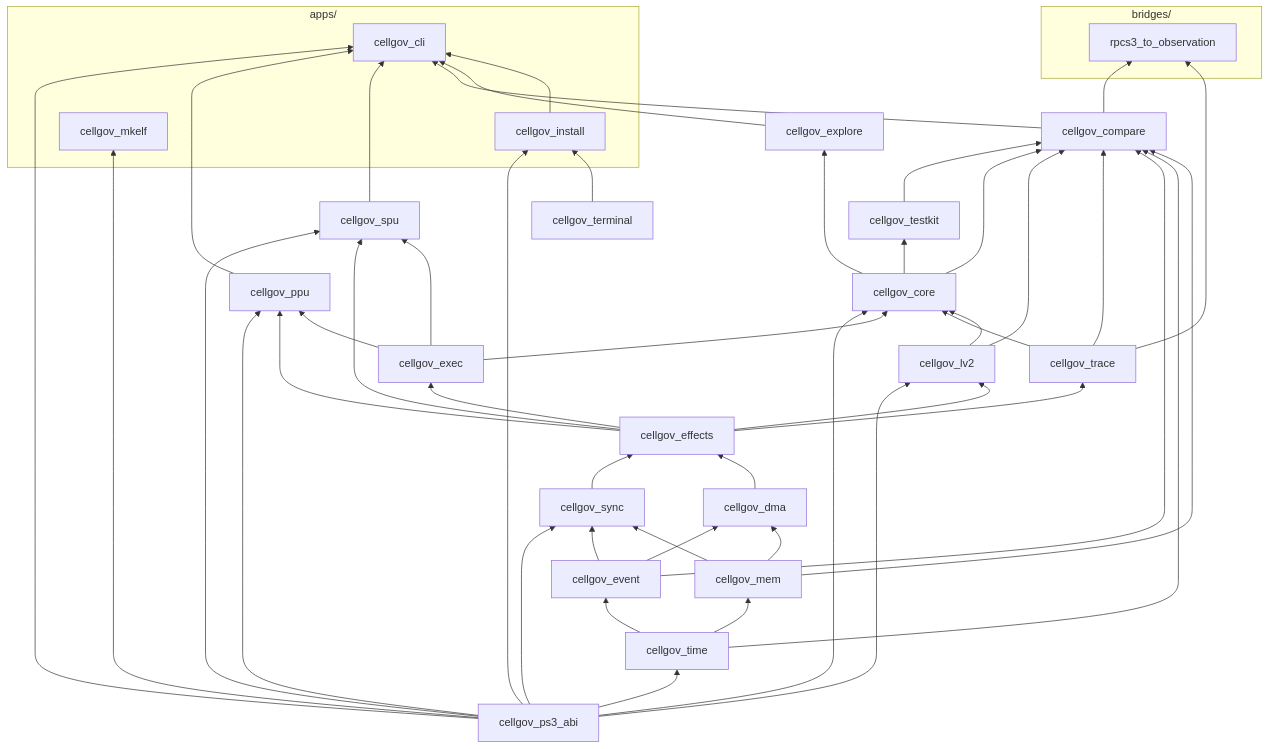
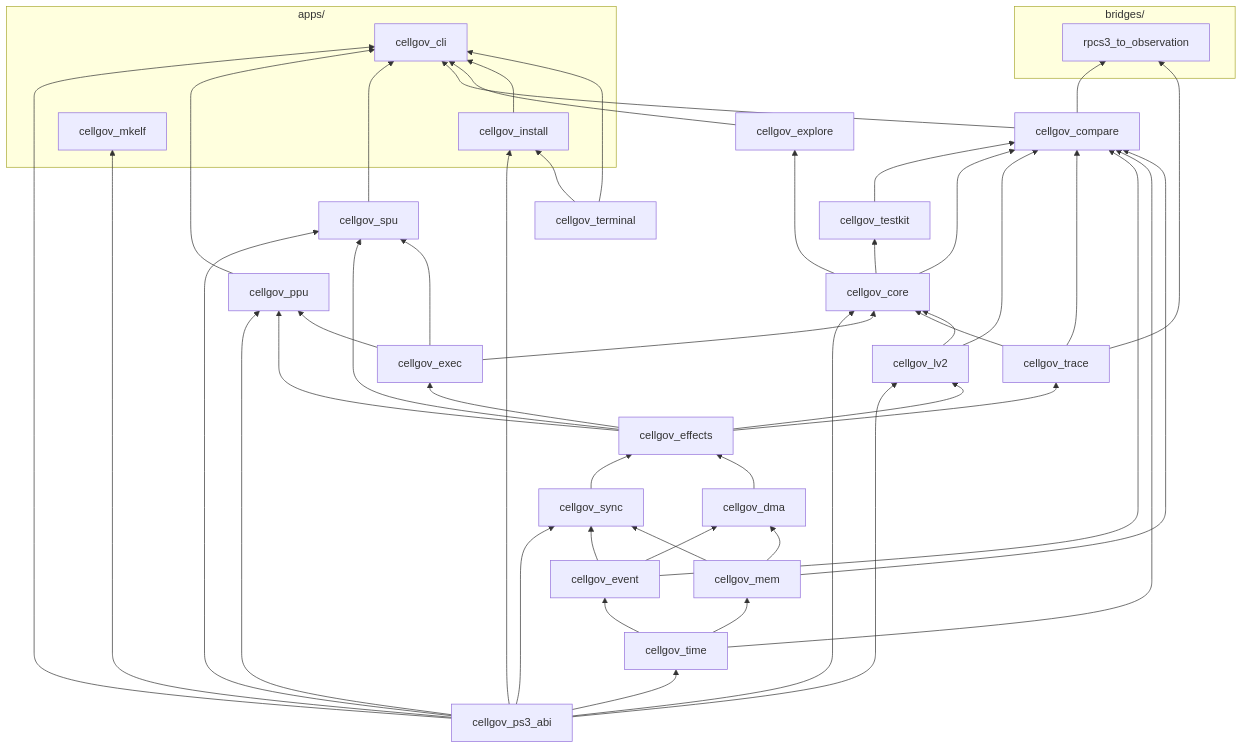
The diagram in docs/architecture/workspace.md (RoyalAce22/CellGov), drawn with Mermaid before and after one commit. The commit also changed other lines of this file and 159 other files, not shown here.

````diff
--- a/docs/architecture/workspace.md
+++ b/docs/architecture/workspace.md
@@ -95,4 +95,5 @@
   ppu ~~~ spu
   firmware --> cli
   terminal --> firmware
+  terminal --> cli
 ```
````
